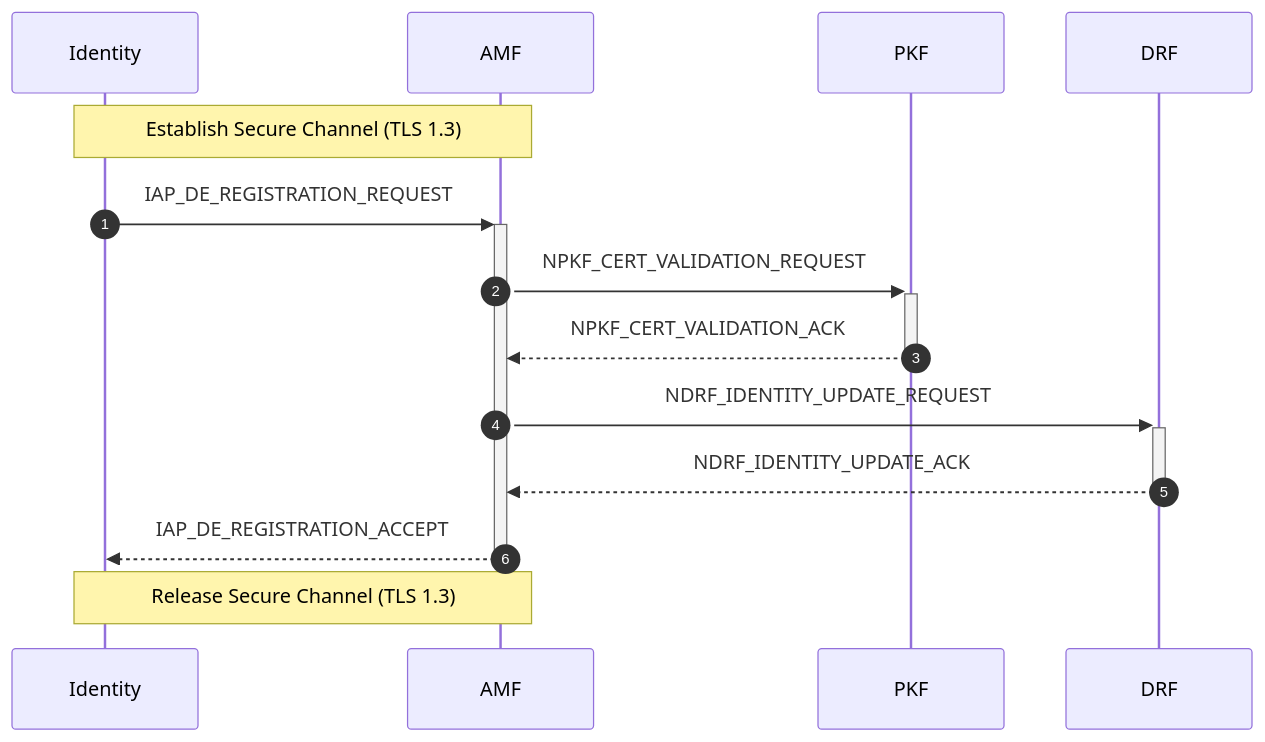
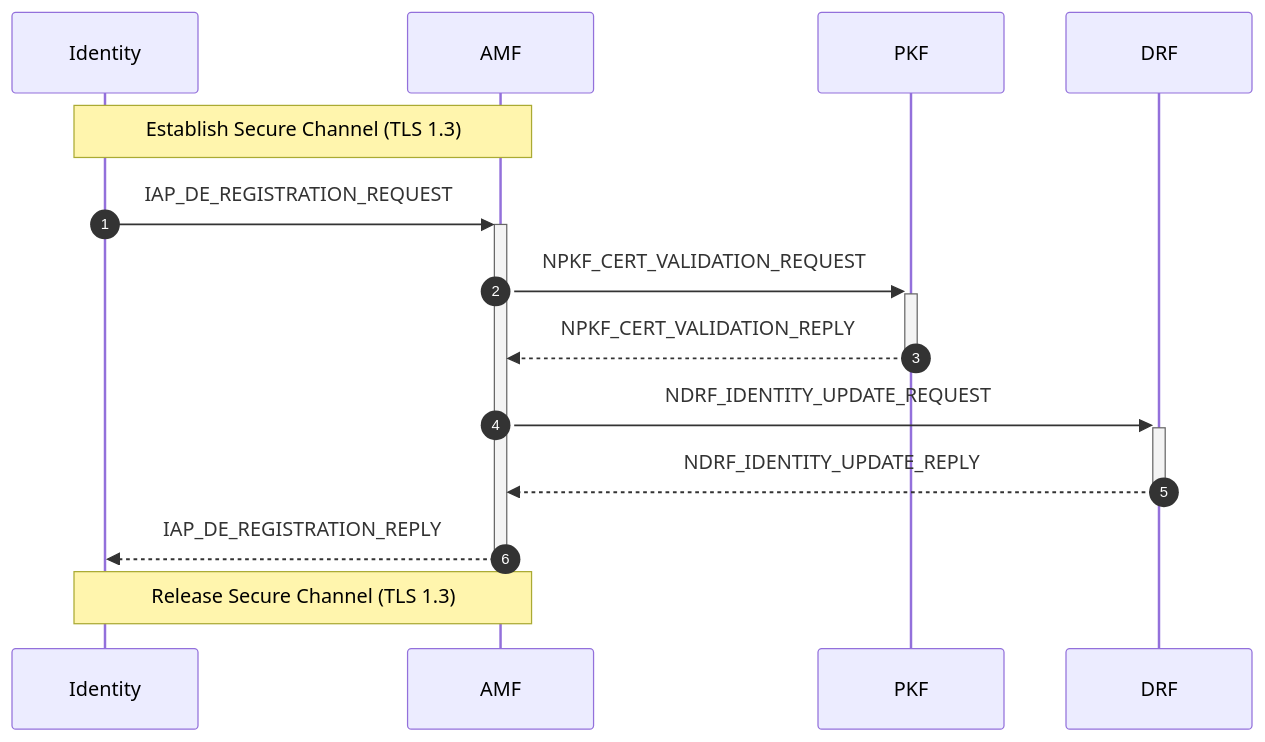
One commit to veil-link/veilink changed the eighth of 21 diagrams in doc/doc-spec/00-series-general/00.002-procedure.md. Above: the diagram before and after it, drawn with Mermaid. The commit also changed other lines of this file and 1 other file, not shown here.

````diff
--- a/doc/doc-spec/00-series-general/00.002-procedure.md
+++ b/doc/doc-spec/00-series-general/00.002-procedure.md
@@ -178,18 +180,18 @@
 ```mermaid
 sequenceDiagram
     autonumber
 
     participant id as Identity
     participant amf as AMF
     participant pkf as PKF
     participant drf as DRF
 
     Note over id, amf: Establish Secure Channel (TLS 1.3)
     id ->>+ amf: IAP_DE_REGISTRATION_REQUEST
     amf ->>+ pkf: NPKF_CERT_VALIDATION_REQUEST
-    pkf -->>- amf: NPKF_CERT_VALIDATION_ACK
+    pkf -->>- amf: NPKF_CERT_VALIDATION_REPLY
     amf ->>+ drf: NDRF_IDENTITY_UPDATE_REQUEST
-    drf -->>- amf: NDRF_IDENTITY_UPDATE_ACK
-    amf -->>- id: IAP_DE_REGISTRATION_ACCEPT
+    drf -->>- amf: NDRF_IDENTITY_UPDATE_REPLY
+    amf -->>- id: IAP_DE_REGISTRATION_REPLY
     Note over id, amf: Release Secure Channel (TLS 1.3)
 ```
````
